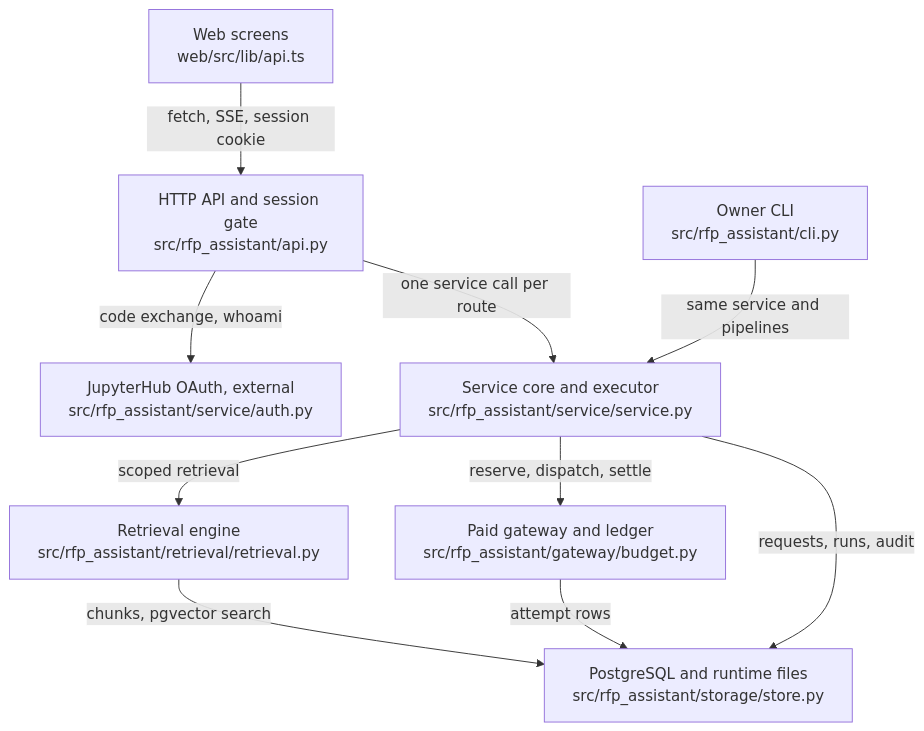
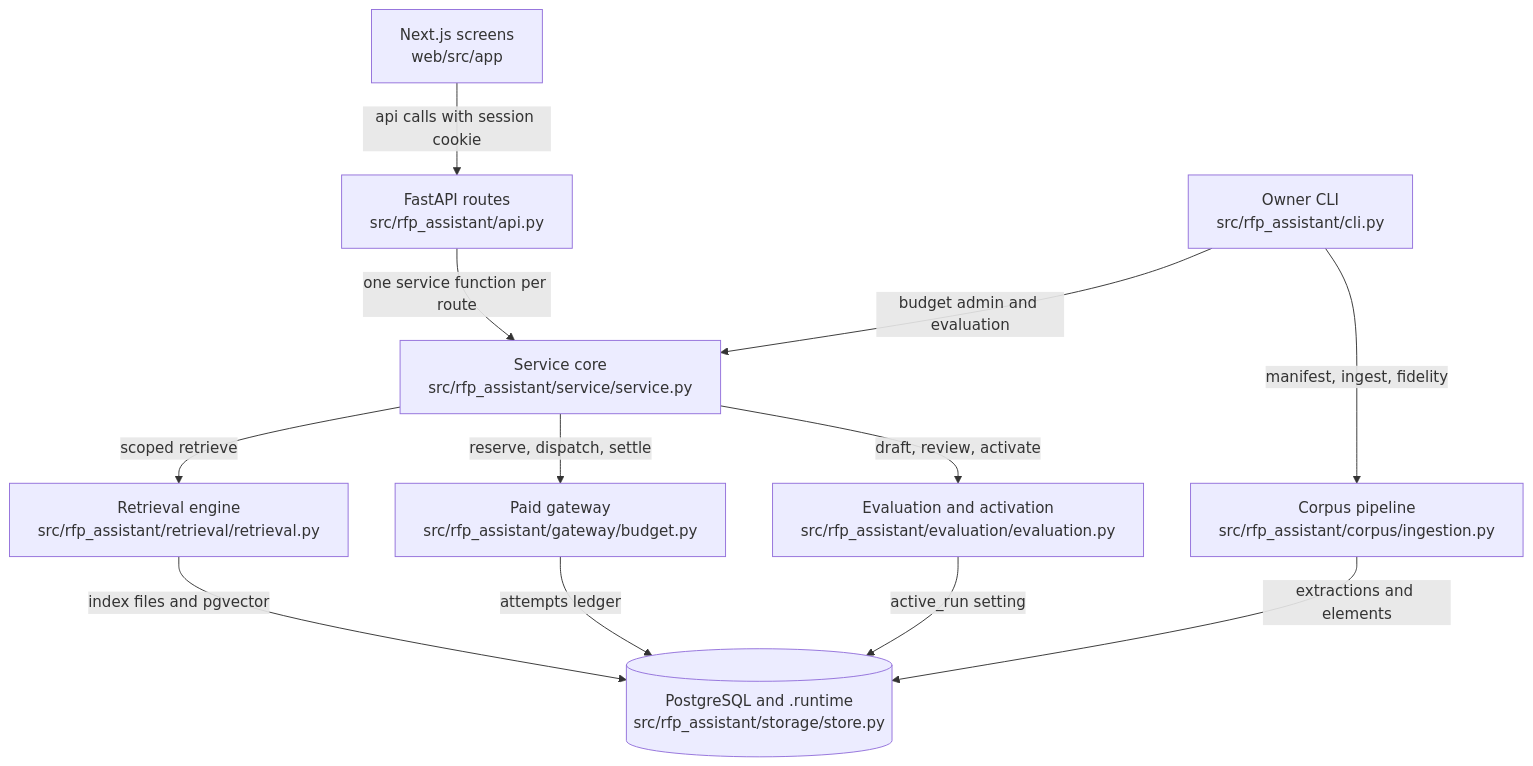
The diagram in .omm/overall-architecture/diagram.mmd (littleeeeebit/project-codeit-mid), drawn with Mermaid before and after one commit. The commit also changed 353 other files, not shown here.

Commit message:
Refresh wiki and architecture before merge

```diff
--- a/.omm/overall-architecture/diagram.mmd
+++ b/.omm/overall-architecture/diagram.mmd
@@ -1,18 +1,12 @@
 graph TD
-  web-screens["Web screens\nweb/src/lib/api.ts"]
-  api-layer["HTTP API and session gate\nsrc/rfp_assistant/api.py"]
-  jupyterhub["JupyterHub OAuth, external\nsrc/rfp_assistant/service/auth.py"]
-  service-core["Service core and executor\nsrc/rfp_assistant/service/service.py"]
-  retrieval-engine["Retrieval engine\nsrc/rfp_assistant/retrieval/retrieval.py"]
-  paid-gateway["Paid gateway and ledger\nsrc/rfp_assistant/gateway/budget.py"]
-  storage["PostgreSQL and runtime files\nsrc/rfp_assistant/storage/store.py"]
-  owner-cli["Owner CLI\nsrc/rfp_assistant/cli.py"]
-  web-screens -->|fetch, SSE, session cookie| api-layer
-  api-layer -->|code exchange, whoami| jupyterhub
-  api-layer -->|one service call per route| service-core
-  service-core -->|scoped retrieval| retrieval-engine
-  service-core -->|reserve, dispatch, settle| paid-gateway
-  retrieval-engine -->|chunks, pgvector search| storage
-  paid-gateway -->|attempt rows| storage
-  service-core -->|requests, runs, audit| storage
-  owner-cli -->|same service and pipelines| service-core
+  web["Next.js screens\nweb/src/app"] -->|api calls with session cookie| api["FastAPI routes\nsrc/rfp_assistant/api.py"]
+  api -->|one service function per route| service["Service core\nsrc/rfp_assistant/service/service.py"]
+  cli["Owner CLI\nsrc/rfp_assistant/cli.py"] -->|budget admin and evaluation| service
+  cli -->|manifest, ingest, fidelity| corpus["Corpus pipeline\nsrc/rfp_assistant/corpus/ingestion.py"]
+  service -->|scoped retrieve| retrieval["Retrieval engine\nsrc/rfp_assistant/retrieval/retrieval.py"]
+  service -->|reserve, dispatch, settle| gateway["Paid gateway\nsrc/rfp_assistant/gateway/budget.py"]
+  service -->|draft, review, activate| evaluation["Evaluation and activation\nsrc/rfp_assistant/evaluation/evaluation.py"]
+  corpus -->|extractions and elements| store[("PostgreSQL and .runtime\nsrc/rfp_assistant/storage/store.py")]
+  retrieval -->|index files and pgvector| store
+  gateway -->|attempts ledger| store
+  evaluation -->|active_run setting| store
```
